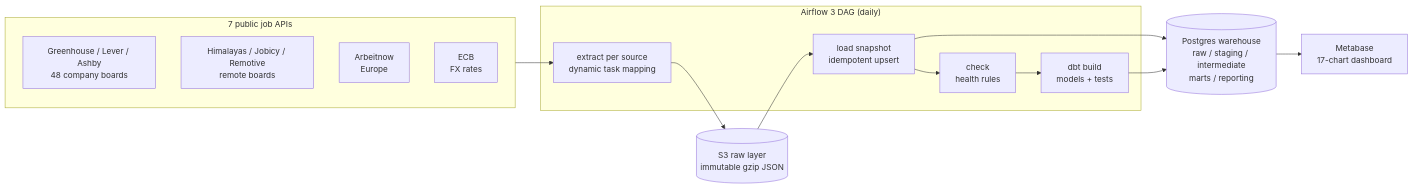
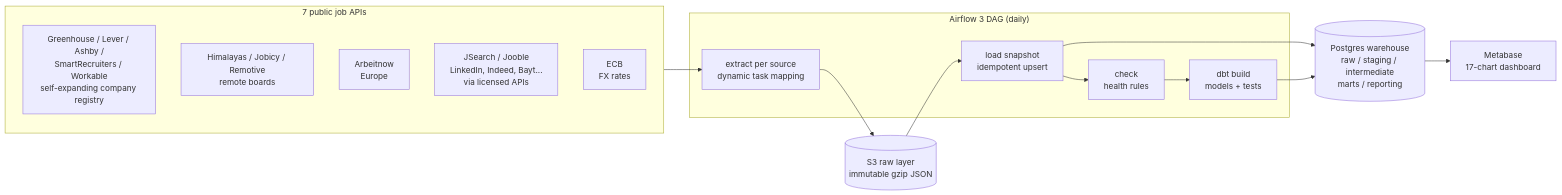
Before and after one commit to moamenmoussa172/job-market-radar: the first of 2 diagrams in README.md, drawn with Mermaid. The commit also changed other lines of this file and 21 other files, not shown here.

Commit message:
Add SmartRecruiters and Workable to the self-expanding registry

````diff
--- a/README.md
+++ b/README.md
@@ -29,21 +29,22 @@
 ```mermaid
 flowchart LR
     subgraph Sources["7 public job APIs"]
-        A1[Greenhouse / Lever / Ashby<br/>48 company boards]
+        A1[Greenhouse / Lever / Ashby /<br/>SmartRecruiters / Workable<br/>self-expanding company registry]
         A2[Himalayas / Jobicy / Remotive<br/>remote boards]
         A3[Arbeitnow<br/>Europe]
+        A5[JSearch / Jooble<br/>LinkedIn, Indeed, Bayt...<br/>via licensed APIs]
         A4[ECB<br/>FX rates]
     end
     subgraph Airflow["Airflow 3 DAG (daily)"]
         E[extract per source<br/>dynamic task mapping]
         L[load snapshot<br/>idempotent upsert]
         C[check<br/>health rules]
         D[dbt build<br/>models + tests]
     end
     S3[(S3 raw layer<br/>immutable gzip JSON)]
     PG[(Postgres warehouse<br/>raw / staging / intermediate<br/>marts / reporting)]
     MB[Metabase<br/>17-chart dashboard]
 
     Sources --> E --> S3 --> L --> PG
     L --> C --> D --> PG --> MB
 ```
````
